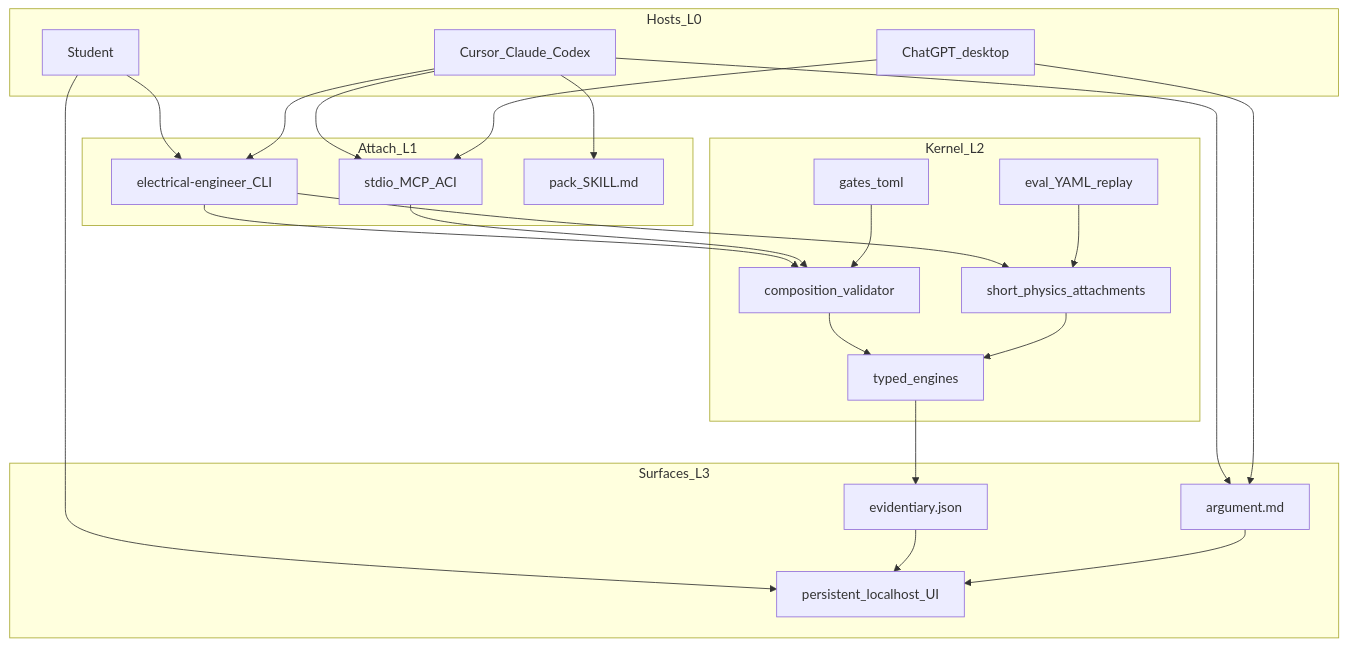
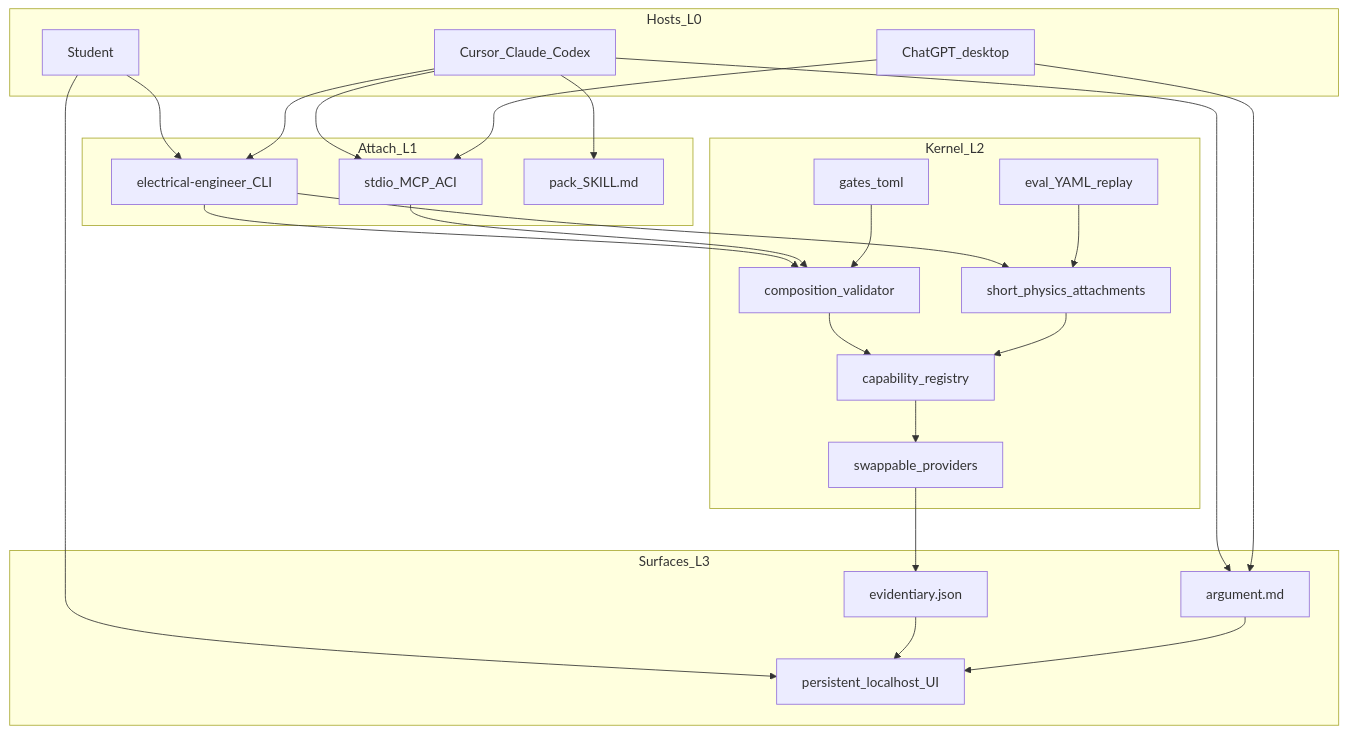
One commit to Vinayak-RZ/ARC changed the diagram in docs/ARCHITECTURE.md. Above: the diagram before and after it, drawn with Mermaid. The commit also changed other lines of this file and 26 other files, not shown here.

````diff
--- a/docs/ARCHITECTURE.md
+++ b/docs/ARCHITECTURE.md
@@ -15,43 +100,45 @@
 ```mermaid
 flowchart TB
   subgraph hosts [Hosts_L0]
     Student[Student]
     Cursor[Cursor_Claude_Codex]
     ChatDesk[ChatGPT_desktop]
   end
   subgraph attach [Attach_L1]
     CLI[electrical-engineer_CLI]
     MCP[stdio_MCP_ACI]
     Skills[pack_SKILL.md]
   end
   subgraph kernel [Kernel_L2]
     Val[composition_validator]
-    Engines[typed_engines]
+    Caps[capability_registry]
+    Providers[swappable_providers]
     AttachYaml[short_physics_attachments]
     Eval[eval_YAML_replay]
     Gates[gates_toml]
   end
   subgraph surfaces [Surfaces_L3]
     UI[persistent_localhost_UI]
     Ev[evidentiary.json]
     Arg[argument.md]
   end
   Student --> CLI
   Student --> UI
   Cursor --> MCP
   Cursor --> CLI
   Cursor --> Skills
   ChatDesk --> MCP
   CLI --> Val
   MCP --> Val
-  Val --> Engines
+  Val --> Caps
+  Caps --> Providers
   CLI --> AttachYaml
-  AttachYaml --> Engines
+  AttachYaml --> Caps
   Eval --> AttachYaml
-  Engines --> Ev
+  Providers --> Ev
   Cursor --> Arg
   ChatDesk --> Arg
   Ev --> UI
   Arg --> UI
   Gates --> Val
 ```
````
